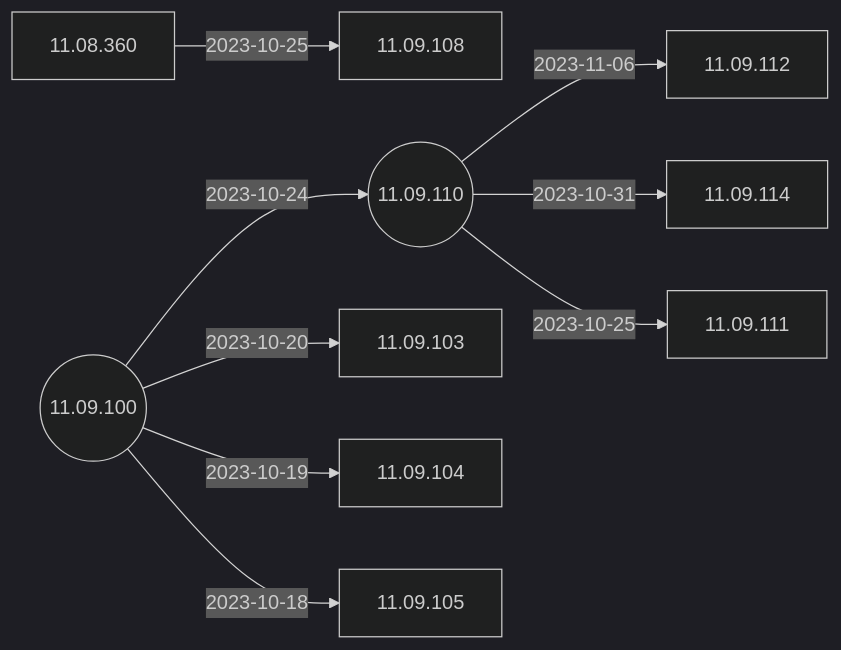
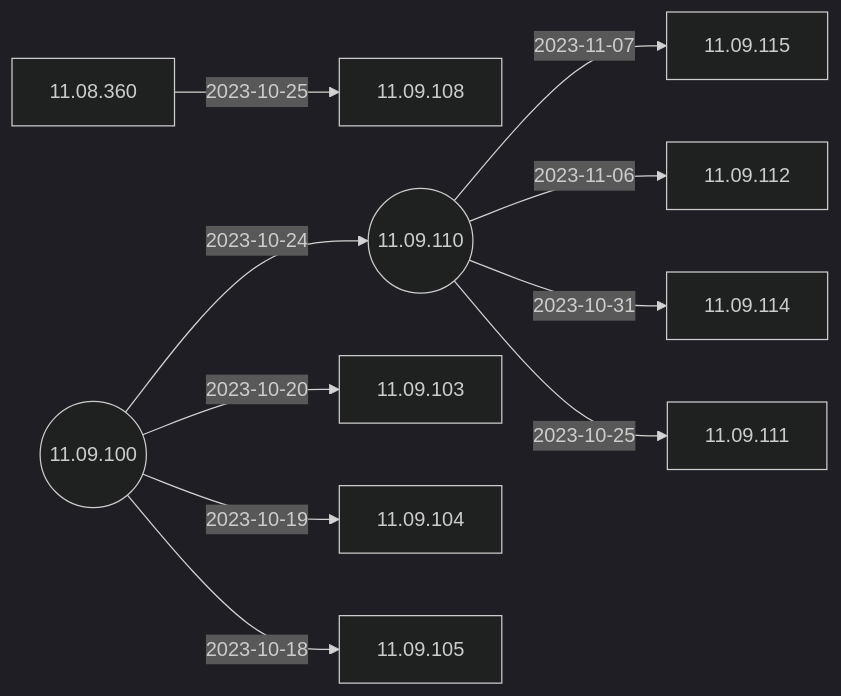
One commit to IGEL-Community/IGEL-Docs-v02 changed the second of 5 diagrams in docs/Docs/ReleaseNotes/01-OS11/README.md. Above: the diagram before and after it, drawn with Mermaid (dark theme). The commit also changed 2 other files, not shown here.

Commit message:
11.09.115 < 11.09.110

````diff
--- a/docs/Docs/ReleaseNotes/01-OS11/README.md
+++ b/docs/Docs/ReleaseNotes/01-OS11/README.md
@@ -41,21 +41,23 @@
 ```mermaid
 flowchart LR
+    11.09.110-- 2023-11-07 -->11.09.115
     11.09.110-- 2023-11-06 -->11.09.112
     11.09.110-- 2023-10-31 -->11.09.114
     11.08.360-- 2023-10-25 -->11.09.108
     11.09.110-- 2023-10-25 -->11.09.111
     11.09.100-- 2023-10-24 -->11.09.110((11.09.110))
     11.09.100-- 2023-10-20 -->11.09.103
     11.09.100-- 2023-10-19 -->11.09.104
     11.09.100-- 2023-10-18 -->11.09.105
     11.09.100((11.09.100))
+    click 11.09.115 "https://github.com/IGEL-Community/IGEL-Docs-v02/tree/main/docs/Docs/ReleaseNotes/01-OS11/readme11.09.115.txt" _blank
     click 11.09.112 "https://github.com/IGEL-Community/IGEL-Docs-v02/tree/main/docs/Docs/ReleaseNotes/01-OS11/readme11.09.112.txt" _blank
     click 11.09.114 "https://github.com/IGEL-Community/IGEL-Docs-v02/tree/main/docs/Docs/ReleaseNotes/01-OS11/readme11.09.114.txt" _blank
     click 11.09.108 "https://github.com/IGEL-Community/IGEL-Docs-v02/tree/main/docs/Docs/ReleaseNotes/01-OS11/readme11.09.108.txt" _blank
     click 11.09.111 "https://github.com/IGEL-Community/IGEL-Docs-v02/tree/main/docs/Docs/ReleaseNotes/01-OS11/readme11.09.111.txt" _blank
     click 11.09.110 "https://github.com/IGEL-Community/IGEL-Docs-v02/tree/main/docs/Docs/ReleaseNotes/01-OS11/readme11.09.110.txt" _blank
     click 11.09.103 "https://github.com/IGEL-Community/IGEL-Docs-v02/tree/main/docs/Docs/ReleaseNotes/01-OS11/readme11.09.103.txt" _blank
     click 11.09.104 "https://github.com/IGEL-Community/IGEL-Docs-v02/tree/main/docs/Docs/ReleaseNotes/01-OS11/readme11.09.104.txt" _blank
     click 11.09.105 "https://github.com/IGEL-Community/IGEL-Docs-v02/tree/main/docs/Docs/ReleaseNotes/01-OS11/readme11.09.105.txt" _blank
     click 11.09.100 "https://github.com/IGEL-Community/IGEL-Docs-v02/tree/main/docs/Docs/ReleaseNotes/01-OS11/readme11.09.100.txt" _blank
 ```
````
